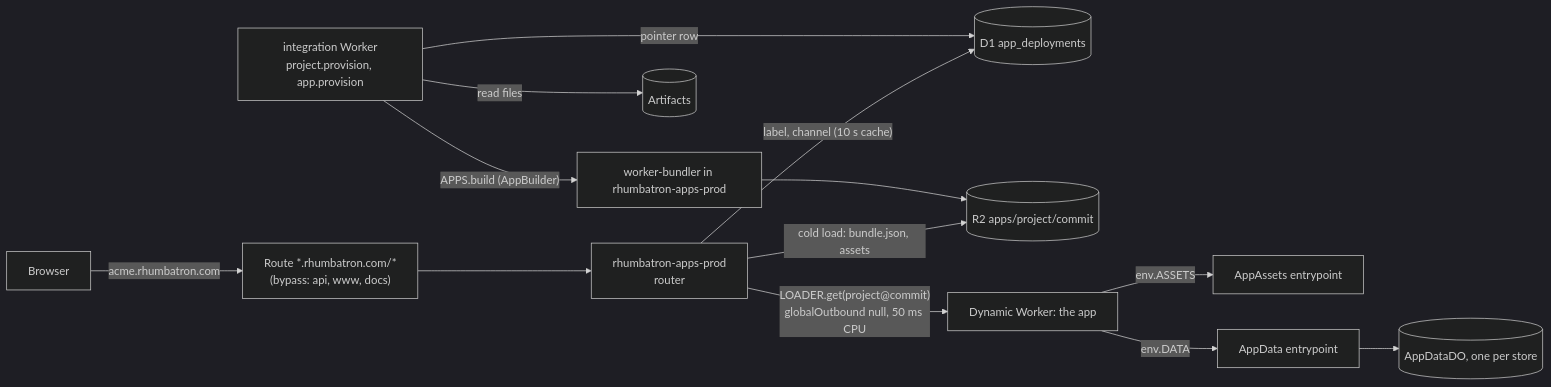
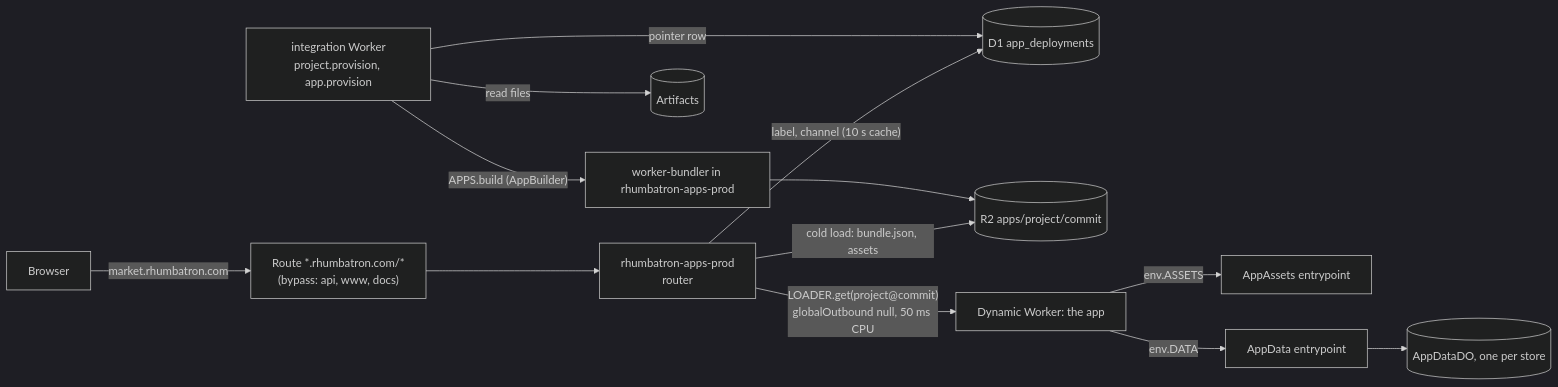
One commit to nsudhanva/rhumbatron changed the second of 2 diagrams in docs/adr/0020-live-apps-dynamic-workers.md. Above: the diagram before and after it, drawn with Mermaid (dark theme). The commit also changed other lines of this file and 217 other files, not shown here.

````diff
--- a/docs/adr/0020-live-apps-dynamic-workers.md
+++ b/docs/adr/0020-live-apps-dynamic-workers.md
@@ -309,14 +309,14 @@
 ```mermaid
 flowchart LR
-  user["Browser"] -->|"acme.rhumbatron.com"| route["Route *.rhumbatron.com/*<br/>(bypass: api, www, docs)"]
+  user["Browser"] -->|"market.rhumbatron.com"| route["Route *.rhumbatron.com/*<br/>(bypass: api, www, docs)"]
   route --> router["rhumbatron-apps-prod<br/>router"]
   router -->|"label, channel (10 s cache)"| d1[("D1 app_deployments")]
   router -->|"cold load: bundle.json, assets"| r2[("R2 apps/project/commit")]
   router -->|"LOADER.get(project@commit)<br/>globalOutbound null, 50 ms CPU"| app["Dynamic Worker: the app"]
   app -->|"env.ASSETS"| assets["AppAssets entrypoint"]
   app -->|"env.DATA"| data["AppData entrypoint"] --> ado[("AppDataDO, one per store")]
   integ["integration Worker<br/>project.provision, app.provision"] -->|"read files"| art[("Artifacts")]
   integ -->|"APPS.build (AppBuilder)"| builder["worker-bundler in rhumbatron-apps-prod"]
   builder --> r2
   integ -->|"pointer row"| d1
 ```
````
